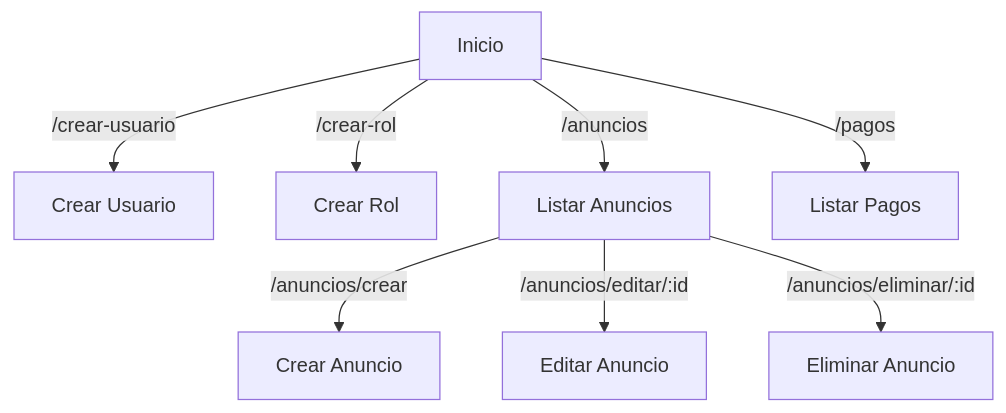
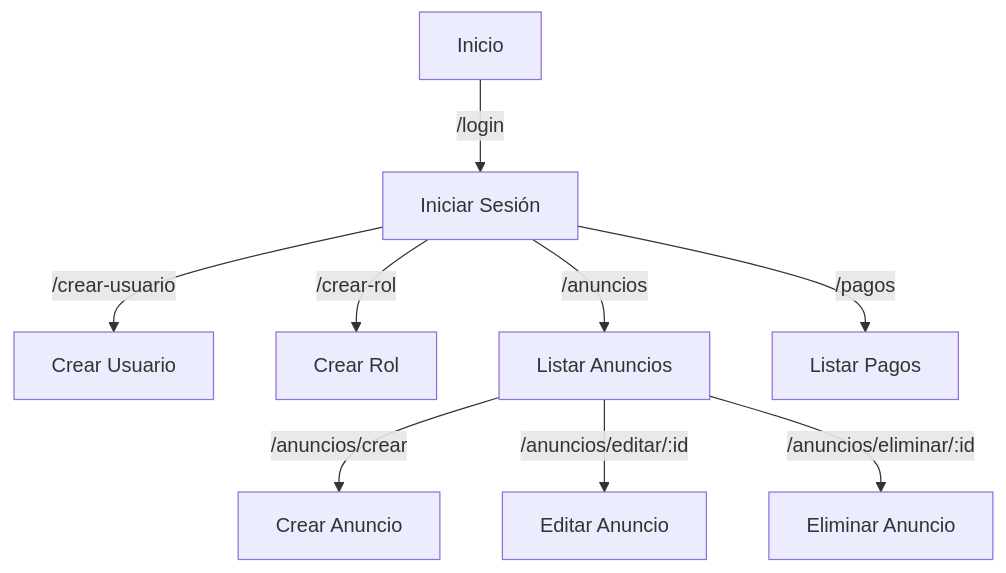
Before and after one commit to daniel-alejandro-t/gestor_propiedades_flask: the second of 2 diagrams in README.md, drawn with Mermaid. The commit also changed other lines of this file and 1 other file, not shown here.

Commit message:
Agregada ruta al login

````diff
--- a/README.md
+++ b/README.md
@@ -193,11 +193,12 @@
 ```mermaid
 graph TD
     A[Inicio]
-    -->|/crear-usuario| B[Crear Usuario]
-    A -->|/crear-rol| C[Crear Rol]
-    A -->|/anuncios| D[Listar Anuncios]
+    -->|/login| I[Iniciar Sesión]
+    I -->|/crear-usuario| B[Crear Usuario]
+    I -->|/crear-rol| C[Crear Rol]
+    I -->|/anuncios| D[Listar Anuncios]
     D -->|/anuncios/crear| E[Crear Anuncio]
     D -->|/anuncios/editar/:id| F[Editar Anuncio]
     D -->|/anuncios/eliminar/:id| G[Eliminar Anuncio]
-    A -->|/pagos| H[Listar Pagos]
+    I -->|/pagos| H[Listar Pagos]
 ```
````
